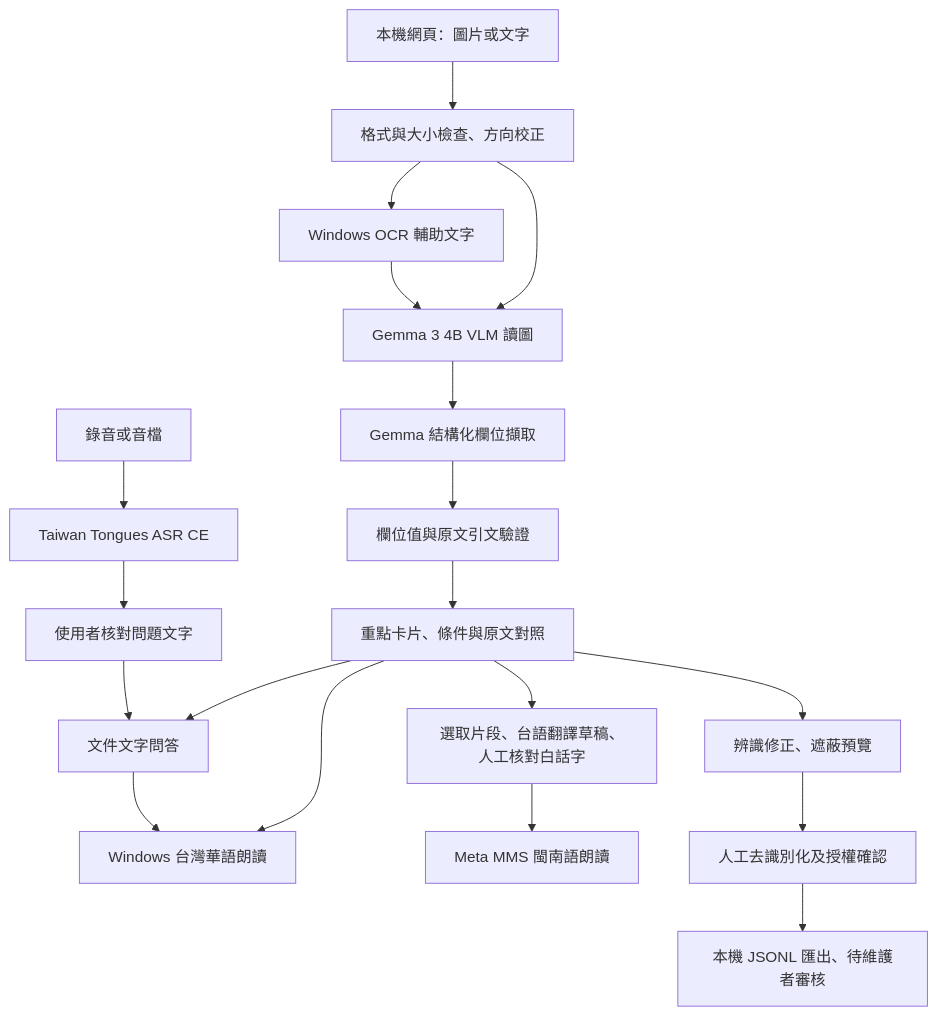
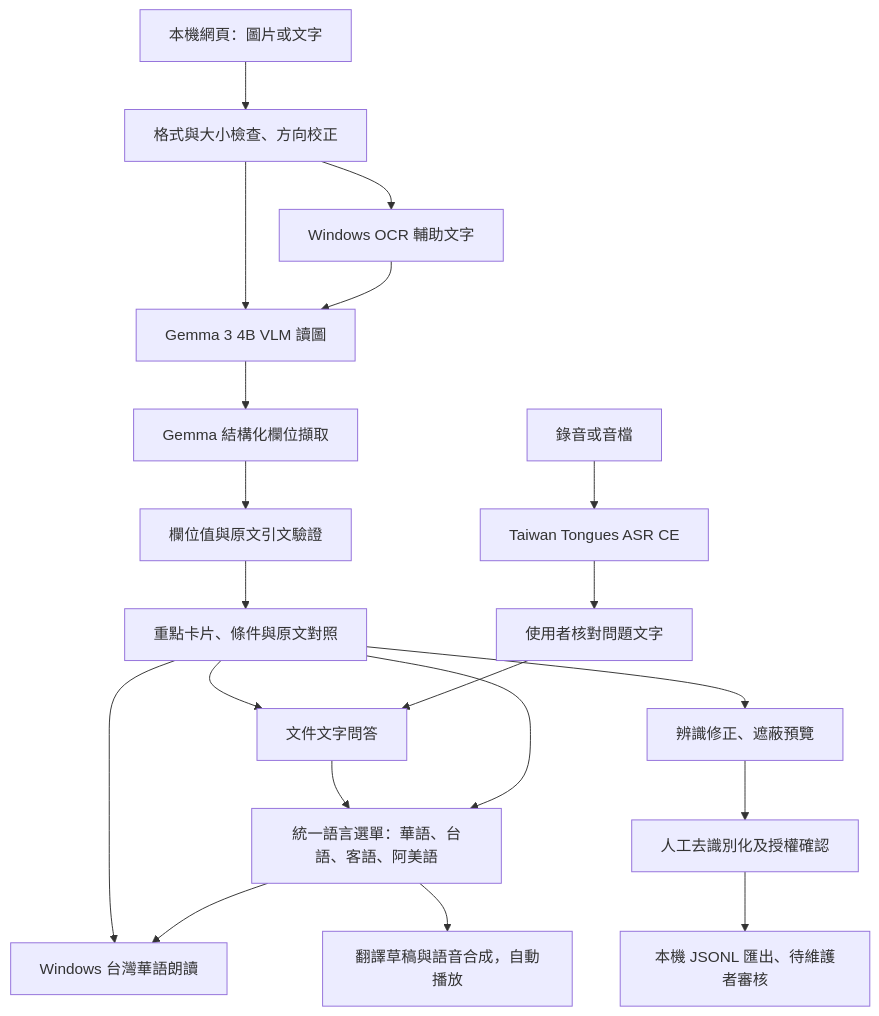
The diagram in SUBMISSION.md (JimmyLiu616/paper-voice), drawn with Mermaid before and after one commit. The commit also changed other lines of this file and 12 other files, not shown here.

````diff
--- a/SUBMISSION.md
+++ b/SUBMISSION.md
@@ -23,21 +23,22 @@
 ```mermaid
 flowchart TD
   A[本機網頁：圖片或文字] --> B[格式與大小檢查、方向校正]
   B --> C[Windows OCR 輔助文字]
   B --> D[Gemma 3 4B VLM 讀圖]
   C --> D
   D --> E[Gemma 結構化欄位擷取]
   E --> F[欄位值與原文引文驗證]
   F --> G[重點卡片、條件與原文對照]
   G --> H[Windows 台灣華語朗讀]
   G --> I[文件文字問答]
   Q[錄音或音檔] --> R[Taiwan Tongues ASR CE]
   R --> S[使用者核對問題文字]
   S --> I
-  I --> H
-  G --> J[選取片段、台語翻譯草稿、人工核對白話字]
-  J --> K[Meta MMS 閩南語朗讀]
+  I --> J[統一語言選單：華語、台語、客語、阿美語]
+  G --> J
+  J --> H
+  J --> K[翻譯草稿與語音合成，自動播放]
   G --> L[辨識修正、遮蔽預覽]
   L --> M[人工去識別化及授權確認]
   M --> N[本機 JSONL 匯出、待維護者審核]
 ```
````
